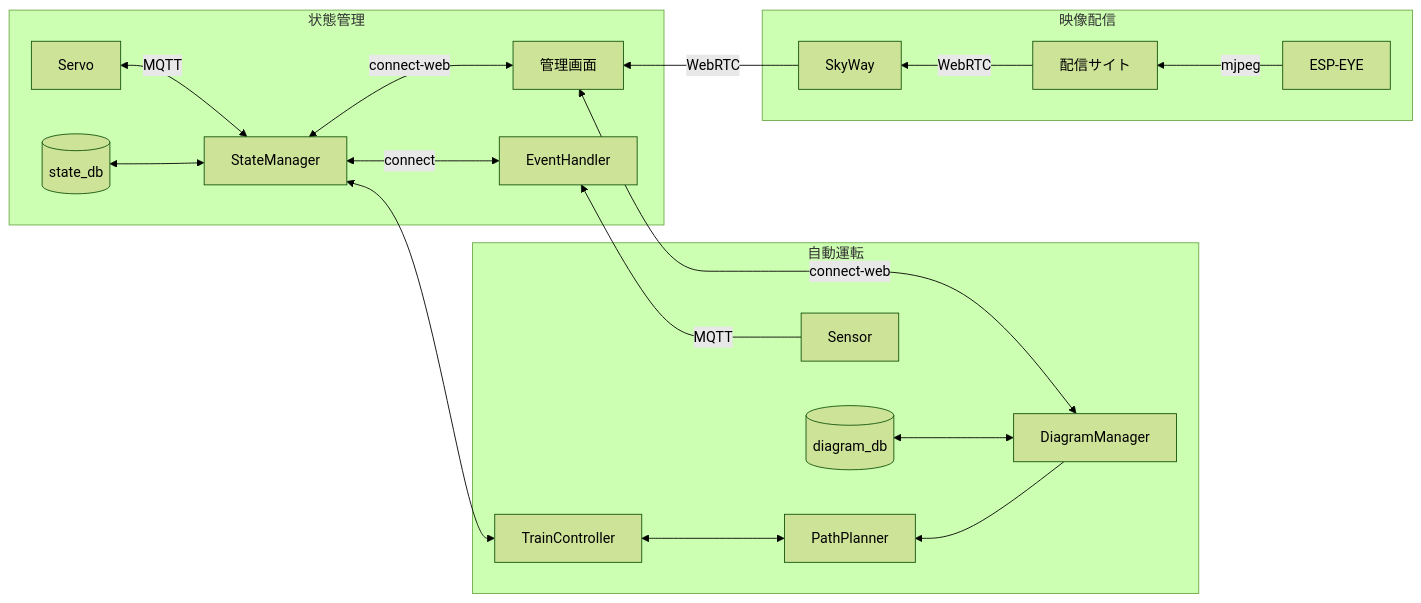
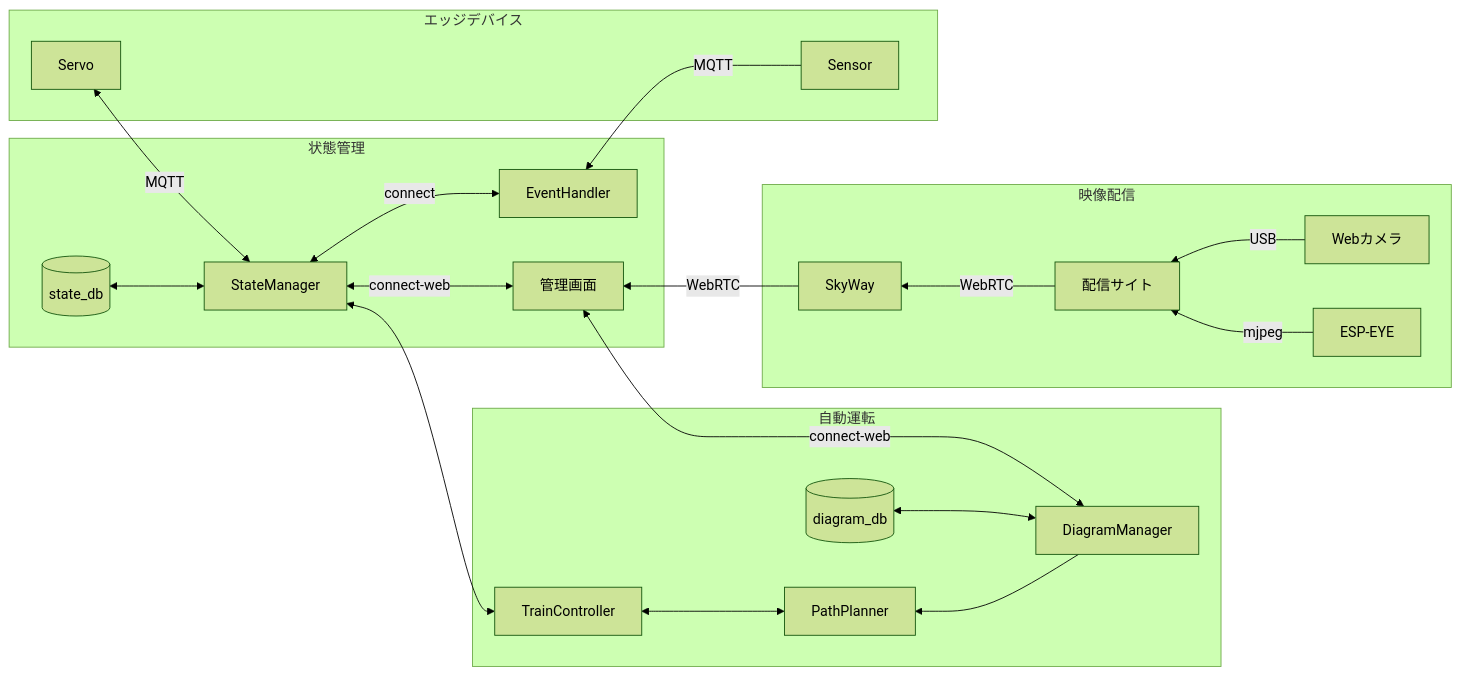
One commit to ueckoken/plarail2023 changed the diagram in documents/src/software/software.md. Above: the diagram before and after it, drawn with Mermaid (forest theme).

Commit message:
update archtecture

````diff
--- a/documents/src/software/software.md
+++ b/documents/src/software/software.md
@@ -5,22 +5,26 @@
 ```mermaid
 flowchart RL
 subgraph 状態管理
 管理画面 <-->|"connect-web"| StateManager
-StateManager <-->|"MQTT"| Servo
+
 EventHandler <-->|"connect"| StateManager
 StateManager <--> DB1[(state_db)]
 end
 subgraph 自動運転
-Sensor -->|"MQTT"| EventHandler
 TrainController <--> StateManager
 DiagramManager --> PathPlanner
 PathPlanner <--> TrainController
 DiagramManager <--> DB2[(diagram_db)]
 DiagramManager <-->|"connect-web"| 管理画面
 end
 subgraph 映像配信
+Webカメラ --> |"USB"| 配信サイト
 ESP-EYE -->|"mjpeg"| 配信サイト
 配信サイト -->|"WebRTC"| SkyWay
 SkyWay -->|"WebRTC"| 管理画面
 end
+subgraph エッジデバイス
+StateManager <-->|"MQTT"| Servo
+Sensor -->|"MQTT"| EventHandler
+end
 ```
````
